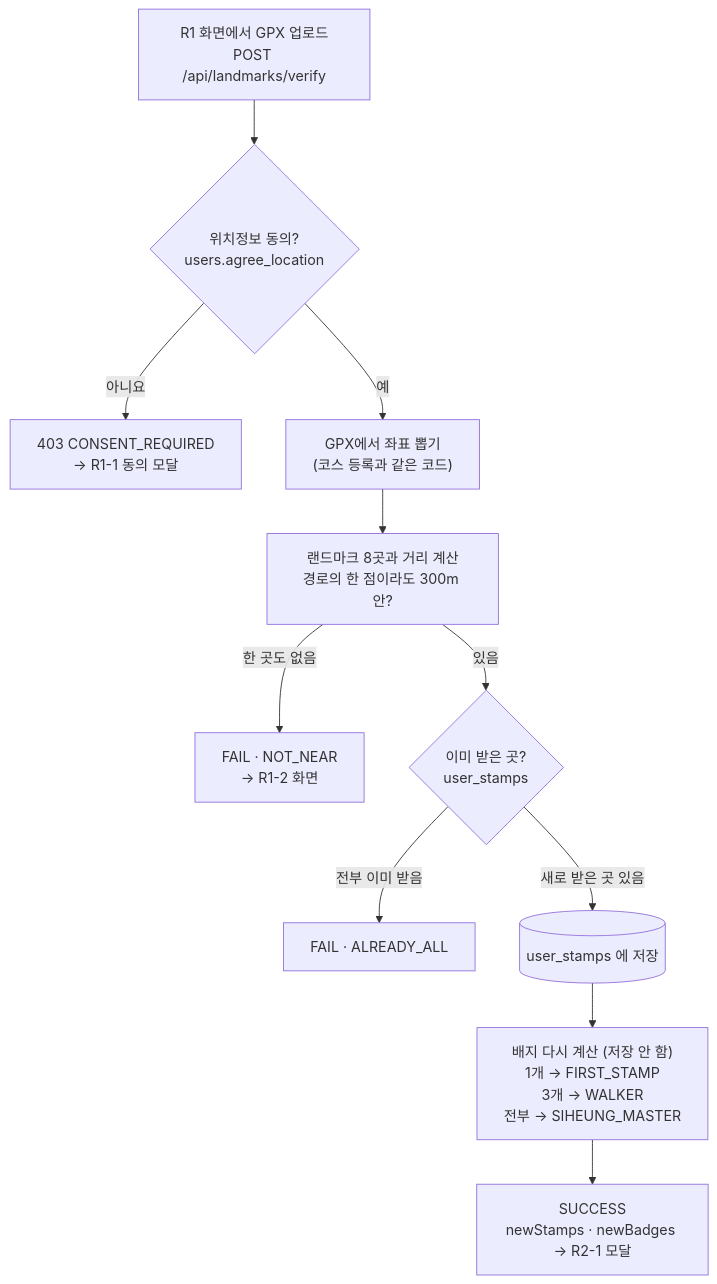
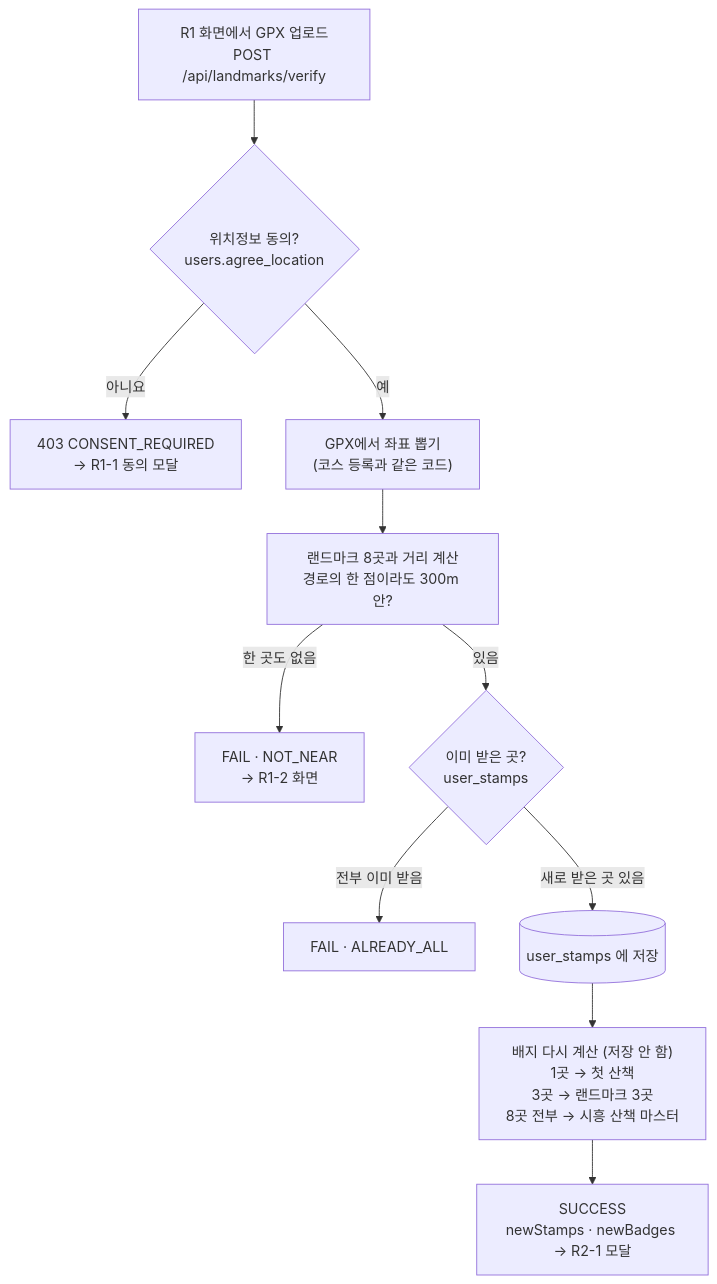
The diagram in docs/images/flow-stamp.mmd (AnemoneCoronaria/Team_walk), drawn with Mermaid before and after one commit. The commit also changed 19 other files, not shown here.

```diff
--- a/docs/images/flow-stamp.mmd
+++ b/docs/images/flow-stamp.mmd
@@ -1,11 +1,11 @@
 flowchart TD
     G["R1 화면에서 GPX 업로드<br/>POST /api/landmarks/verify"] --> C{"위치정보 동의?<br/>users.agree_location"}
     C -- "아니요" --> X["403 CONSENT_REQUIRED<br/>→ R1-1 동의 모달"]
     C -- "예" --> P["GPX에서 좌표 뽑기<br/>(코스 등록과 같은 코드)"]
     P --> M["랜드마크 8곳과 거리 계산<br/>경로의 한 점이라도 300m 안?"]
     M -- "한 곳도 없음" --> F1["FAIL · NOT_NEAR<br/>→ R1-2 화면"]
     M -- "있음" --> E{"이미 받은 곳?<br/>user_stamps"}
     E -- "전부 이미 받음" --> F2["FAIL · ALREADY_ALL"]
     E -- "새로 받은 곳 있음" --> I[("user_stamps 에 저장")]
-    I --> B["배지 다시 계산 (저장 안 함)<br/>1개 → FIRST_STAMP<br/>3개 → WALKER<br/>전부 → SIHEUNG_MASTER"]
+    I --> B["배지 다시 계산 (저장 안 함)<br/>1곳 → 첫 산책<br/>3곳 → 랜드마크 3곳<br/>8곳 전부 → 시흥 산책 마스터"]
     B --> OK["SUCCESS<br/>newStamps · newBadges → R2-1 모달"]
```
